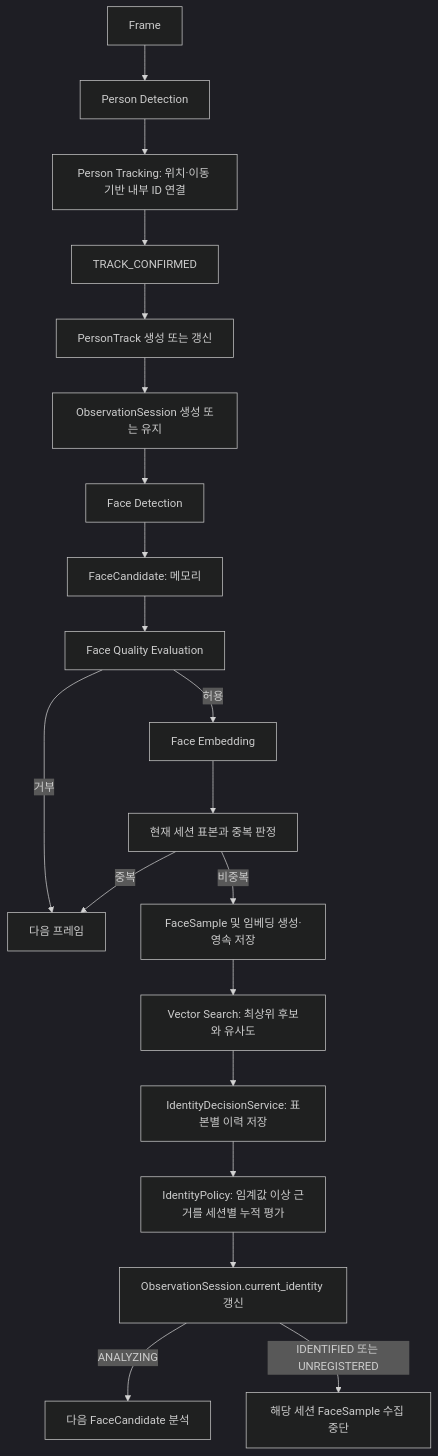
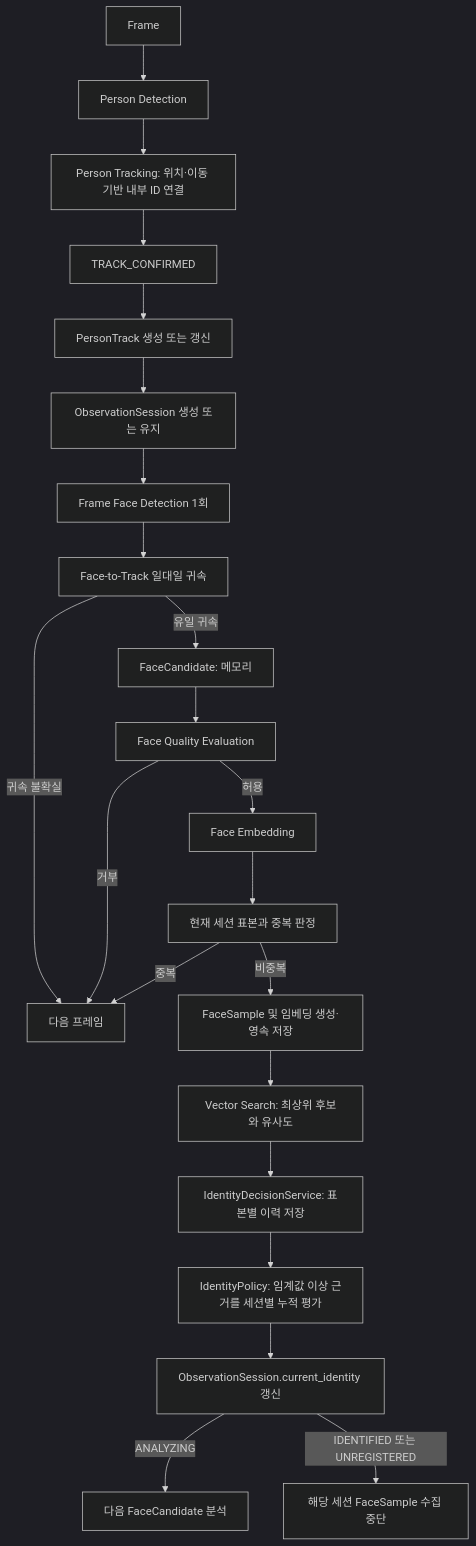
The first of 3 diagrams in docs/processing-flow.md (Macfa/local-face-recognition), drawn with Mermaid (dark theme) before and after one commit. The commit also changed other lines of this file and 5 other files, not shown here.

````diff
--- a/docs/processing-flow.md
+++ b/docs/processing-flow.md
@@ -5,22 +5,25 @@
 ```mermaid
 flowchart TD
     F[Frame] --> D[Person Detection]
     D --> T[Person Tracking: 위치·이동 기반 내부 ID 연결]
     T --> P[TRACK_CONFIRMED]
     P --> PT[PersonTrack 생성 또는 갱신]
     PT --> S[ObservationSession 생성 또는 유지]
-    S --> FD[Face Detection]
-    FD --> FC[FaceCandidate: 메모리]
+    S --> FD[Frame Face Detection 1회]
+    FD --> FA[Face-to-Track 일대일 귀속]
+    FA -->|귀속 불확실| N[다음 프레임]
+    FA -->|유일 귀속| FC
+    FC[FaceCandidate: 메모리]
     FC --> Q[Face Quality Evaluation]
     Q -->|허용| E[Face Embedding]
     Q -->|거부| N[다음 프레임]
     E --> DU[현재 세션 표본과 중복 판정]
     DU -->|비중복| PS[FaceSample 및 임베딩 생성·영속 저장]
     DU -->|중복| N
     PS --> VS[Vector Search: 최상위 후보와 유사도]
     VS --> ID[IdentityDecisionService: 표본별 이력 저장]
     ID --> POL[IdentityPolicy: 임계값 이상 근거를 세션별 누적 평가]
     POL --> CI[ObservationSession.current_identity 갱신]
     CI -->|ANALYZING| NEXT[다음 FaceCandidate 분석]
     CI -->|IDENTIFIED 또는 UNREGISTERED| STOP[해당 세션 FaceSample 수집 중단]
 ```
````
